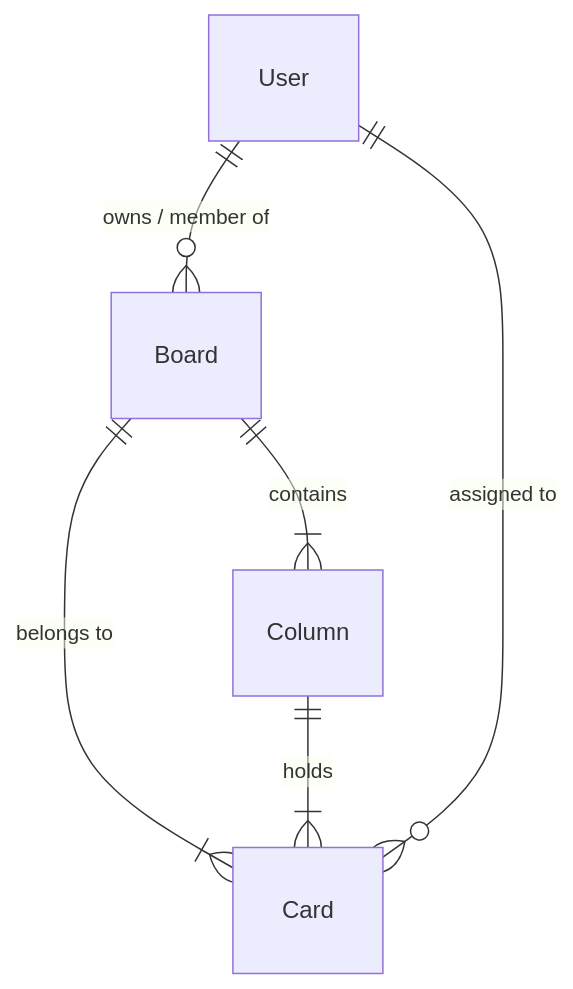
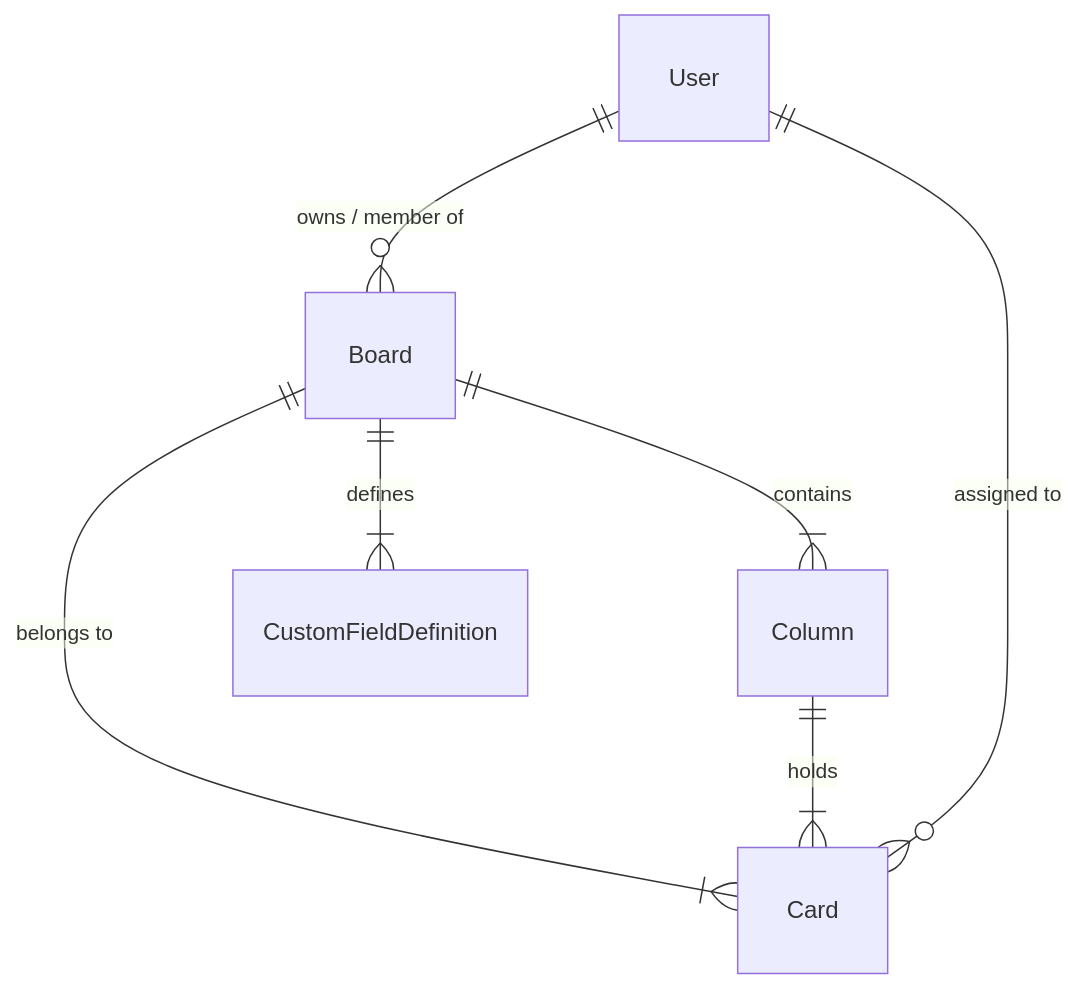
One commit to danilodlisboa/trilho changed the diagram in docs/DATABASE.md. Above: the diagram before and after it, drawn with Mermaid. The commit also changed other lines of this file and 8 other files, not shown here.

````diff
--- a/docs/DATABASE.md
+++ b/docs/DATABASE.md
@@ -11,8 +11,9 @@
 ```mermaid
 erDiagram
     User ||--o{ Board : "owns / member of"
     Board ||--|{ Column : "contains"
     Board ||--|{ Card : "belongs to"
+    Board ||--|{ CustomFieldDefinition : "defines"
     Column ||--|{ Card : "holds"
     User ||--o{ Card : "assigned to"
 ```
````
